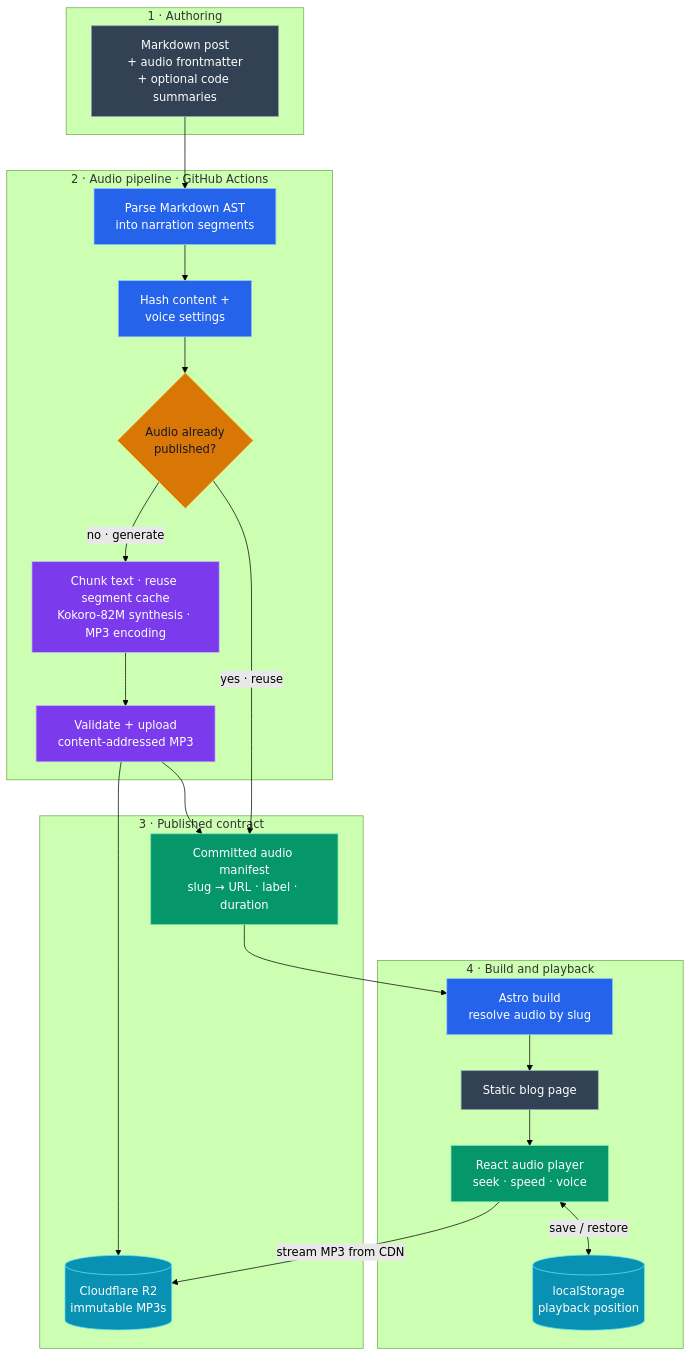
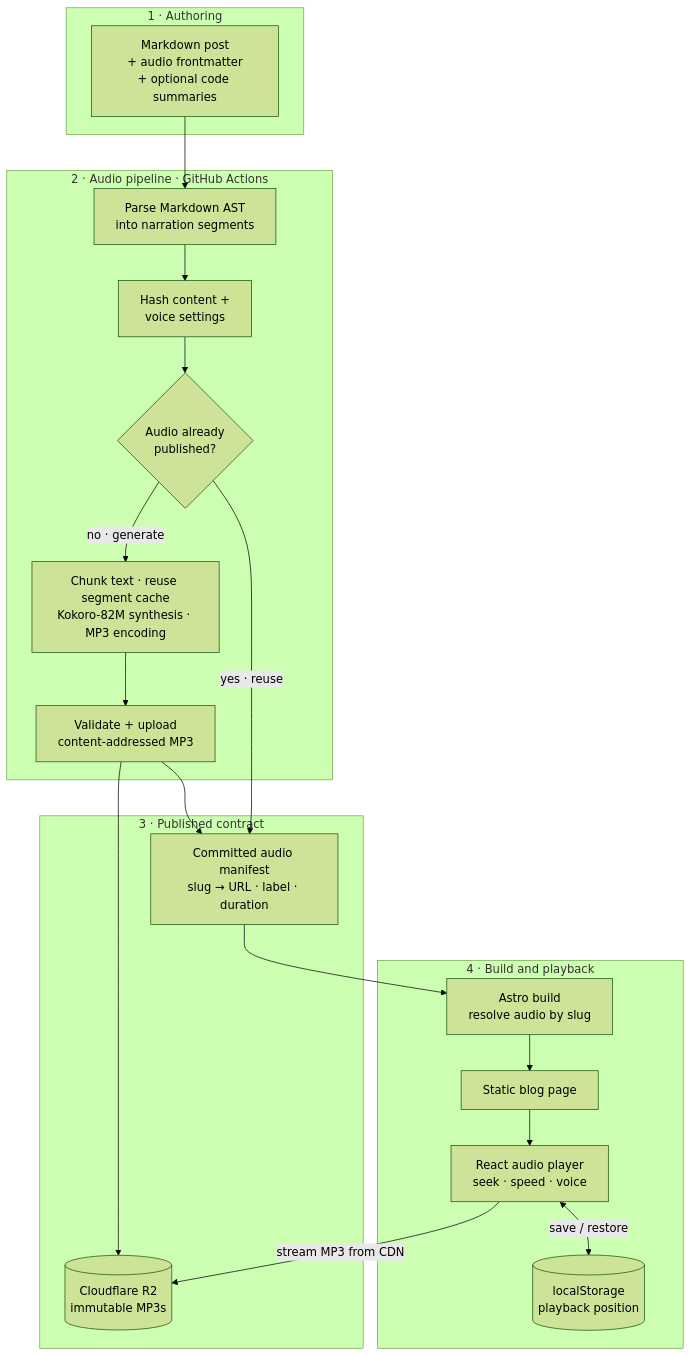
Before and after one commit to g-savitha/gsavitha.in: the first of 7 diagrams in src/content/blog/blog-audio-player.md, drawn with Mermaid (forest theme). The commit also changed other lines of this file and 6 other files, not shown here.

First line of the commit message:
Theme every Mermaid diagram from one shared palette

````diff
--- a/src/content/blog/blog-audio-player.md
+++ b/src/content/blog/blog-audio-player.md
@@ -66,45 +66,38 @@
 ```mermaid
 flowchart TD
     subgraph Authoring["1 · Authoring"]
         INPUT["Markdown post\n+ audio frontmatter\n+ optional code summaries"]:::content
     end
 
     subgraph Build["2 · Audio pipeline · GitHub Actions"]
         EXTRACT["Parse Markdown AST\ninto narration segments"]:::primary
         HASH["Hash content +\nvoice settings"]:::primary
         CHANGED{"Audio already\npublished?"}:::decision
         GENERATE["Chunk text · reuse segment cache\nKokoro-82M synthesis · MP3 encoding"]:::accent
         UPLOAD["Validate + upload\ncontent-addressed MP3"]:::accent
 
         EXTRACT --> HASH --> CHANGED
         CHANGED -->|"no · generate"| GENERATE --> UPLOAD
     end
 
     subgraph Contract["3 · Published contract"]
         MANIFEST["Committed audio manifest\nslug → URL · label · duration"]:::success
         R2[("Cloudflare R2\nimmutable MP3s")]:::storage
         UPLOAD --> R2
         UPLOAD --> MANIFEST
         CHANGED -->|"yes · reuse"| MANIFEST
     end
 
     subgraph Delivery["4 · Build and playback"]
         ASTRO["Astro build\nresolve audio by slug"]:::primary
         PAGE["Static blog page"]:::content
         PLAYER["React audio player\nseek · speed · voice"]:::success
         PROGRESS[("localStorage\nplayback position")]:::storage
 
         MANIFEST --> ASTRO --> PAGE --> PLAYER
         PLAYER <-->|"save / restore"| PROGRESS
     end
 
     INPUT --> EXTRACT
     PLAYER -->|"stream MP3 from CDN"| R2
-
-    classDef primary fill:#2563eb,stroke:#93c5fd,color:#ffffff
-    classDef accent fill:#7c3aed,stroke:#c4b5fd,color:#ffffff
-    classDef success fill:#059669,stroke:#6ee7b7,color:#ffffff
-    classDef decision fill:#d97706,stroke:#fcd34d,color:#111827
-    classDef storage fill:#0891b2,stroke:#67e8f9,color:#ffffff
-    classDef content fill:#334155,stroke:#94a3b8,color:#ffffff
 ```
````
